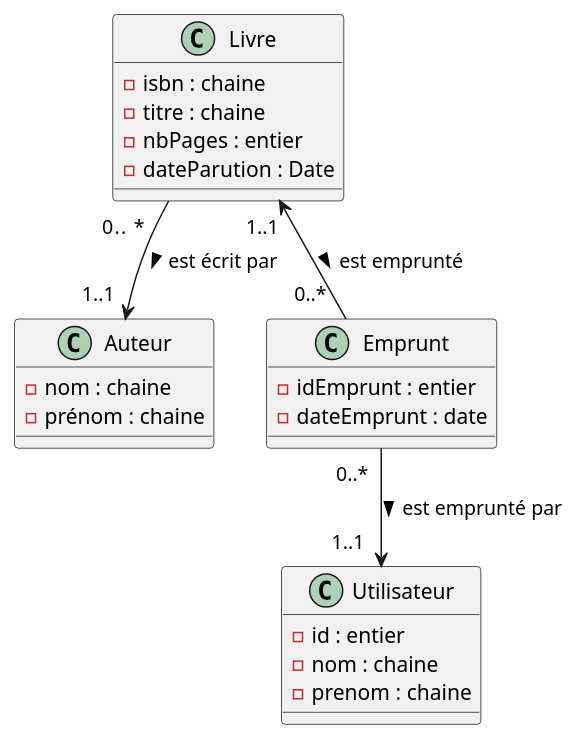
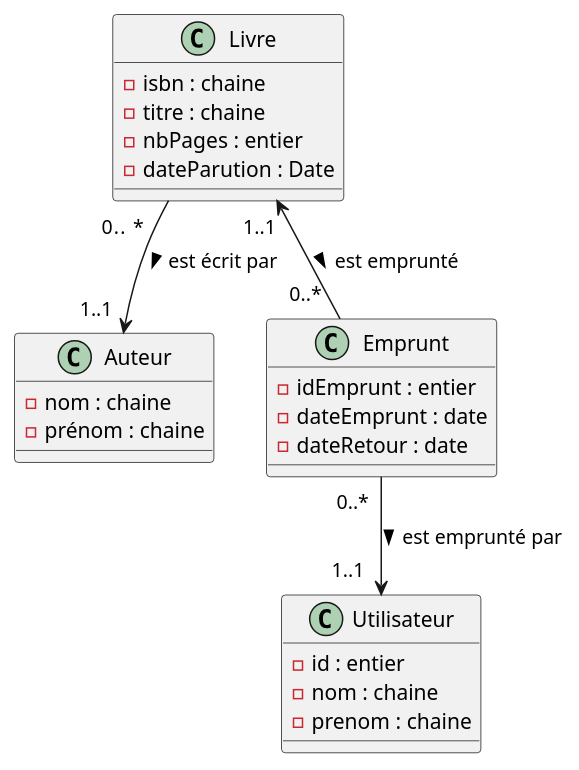
Before and after one commit to thogio8/php-db-biblio: the diagram in documentation/diagrammeDeClasses.puml, drawn with PlantUML. The commit also changed 15 other files, not shown here.

```diff
--- a/documentation/diagrammeDeClasses.puml
+++ b/documentation/diagrammeDeClasses.puml
@@ -1,30 +1,31 @@
 @startuml
 
 class Livre{
     -isbn : chaine
     -titre : chaine
     -nbPages : entier
     -dateParution : Date
 }
 
 class Auteur{
     -nom : chaine
     -prénom : chaine
 }
 
 class Utilisateur{
     -id : entier
     -nom : chaine
     -prenom : chaine
 }
 
 class Emprunt{
     -idEmprunt : entier
     -dateEmprunt : date
+    -dateRetour : date
 }
 
 Livre "0..  *   " --> "1..1  " Auteur : est écrit par >
 Livre "1..1 " <-- "0..*  " Emprunt : est emprunté >
 Emprunt "0..*  " --> "1..1   " Utilisateur : est emprunté par >
 
 @enduml
```
